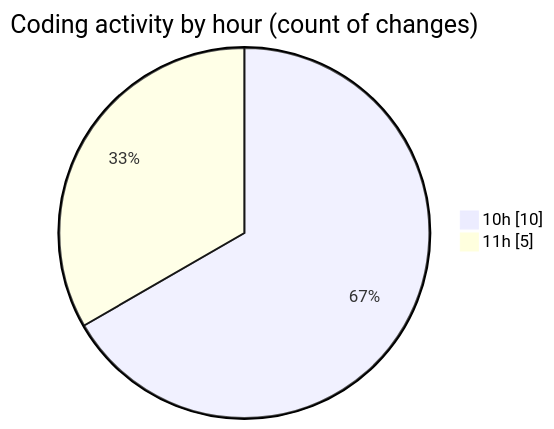
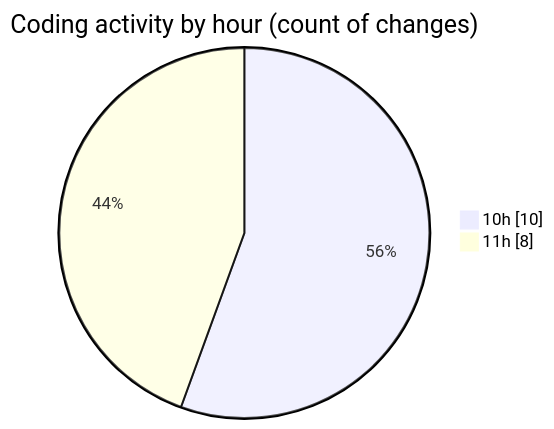
Before and after one commit to momahboobian/code-tracking: the second of 2 diagrams in 2025-07-14/cda/README.md, drawn with Mermaid. The commit also changed other lines of this file and 1 other file, not shown here.

````diff
--- a/2025-07-14/cda/README.md
+++ b/2025-07-14/cda/README.md
@@ -33,6 +33,6 @@
 ```mermaid
 pie showData
 title Coding activity by hour (count of changes)
 "10h" : 10
-"11h" : 5
+"11h" : 8
 ```
````
